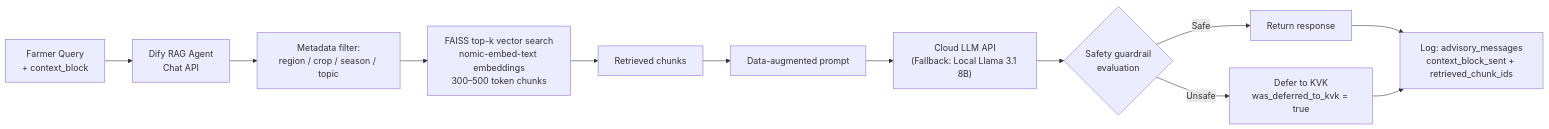
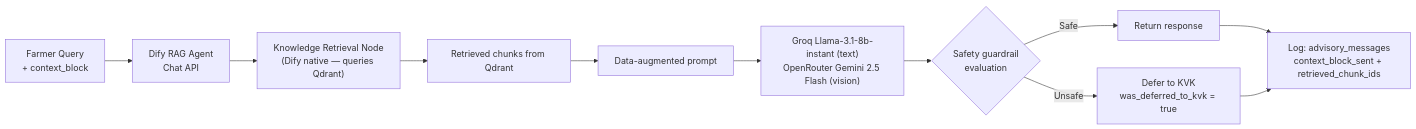
The seventh of 9 diagrams in docs/solution.md (spark-456/krishi-sakhi), drawn with Mermaid before and after one commit. The commit also changed other lines of this file and 1673 other files, not shown here.

````diff
--- a/docs/solution.md
+++ b/docs/solution.md
@@ -473,14 +473,13 @@
 ```mermaid
 flowchart LR
     QUERY["Farmer Query\n+ context_block"] --> DIFY["Dify RAG Agent\nChat API"]
-    DIFY --> FILTER["Metadata filter:\nregion / crop / season / topic"]
-    FILTER --> FAISS["FAISS top-k vector search\nnomic-embed-text embeddings\n300–500 token chunks"]
-    FAISS --> CHUNKS["Retrieved chunks"]
+    DIFY --> KB_NODE["Knowledge Retrieval Node\n(Dify native — queries Qdrant)"]
+    KB_NODE --> CHUNKS["Retrieved chunks from Qdrant"]
     CHUNKS --> PROMPT["Data-augmented prompt"]
-    PROMPT --> LLM["Cloud LLM API\n(Fallback: Local Llama 3.1 8B)"]
+    PROMPT --> LLM["Groq Llama-3.1-8b-instant (text)\nOpenRouter Gemini 2.5 Flash (vision)"]
     LLM --> SAFETY{"Safety guardrail\nevaluation"}
     SAFETY -->|Safe| RESPONSE["Return response"]
     SAFETY -->|Unsafe| KVK["Defer to KVK\nwas_deferred_to_kvk = true"]
     RESPONSE --> LOG["Log: advisory_messages\ncontext_block_sent + retrieved_chunk_ids"]
     KVK --> LOG
 ```
````
